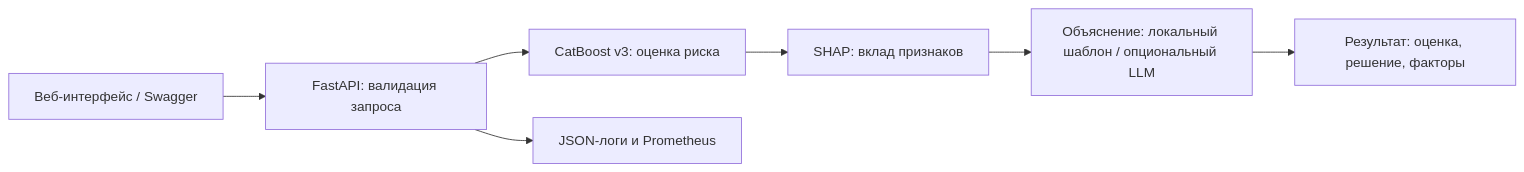
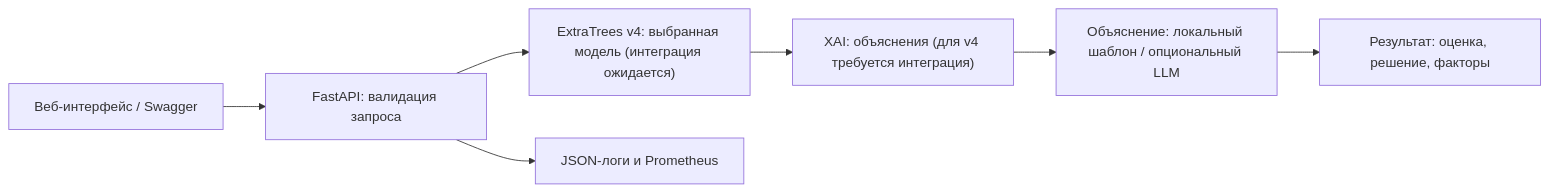
The diagram in README.md (SamDerden/Fraud_Detection_with-XAI_and_LLM), drawn with Mermaid before and after one commit. The commit also changed other lines of this file and 4 other files, not shown here.

Commit message:
Document ExtraTrees v4 selection and actual integration status in README and webinars 1–4

````diff
--- a/README.md
+++ b/README.md
@@ -28,9 +34,9 @@
 ```mermaid
 flowchart LR
     A["Веб-интерфейс / Swagger"] --> B["FastAPI: валидация запроса"]
-    B --> C["CatBoost v3: оценка риска"]
-    C --> D["SHAP: вклад признаков"]
+    B --> C["ExtraTrees v4: выбранная модель (интеграция ожидается)"]
+    C --> D["XAI: объяснения (для v4 требуется интеграция)"]
     D --> E["Объяснение: локальный шаблон / опциональный LLM"]
     E --> F["Результат: оценка, решение, факторы"]
     B --> G["JSON-логи и Prometheus"]
 ```
````
